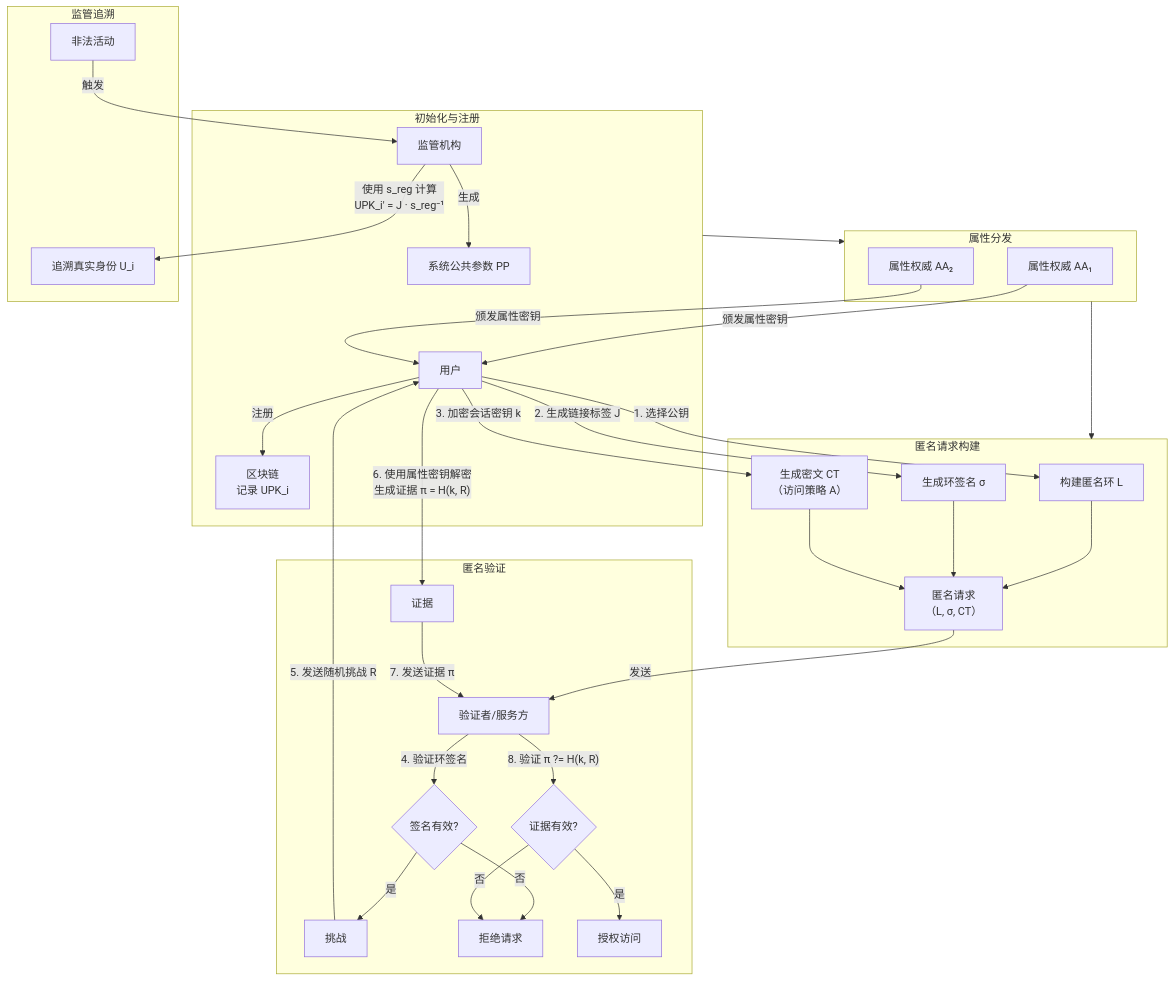
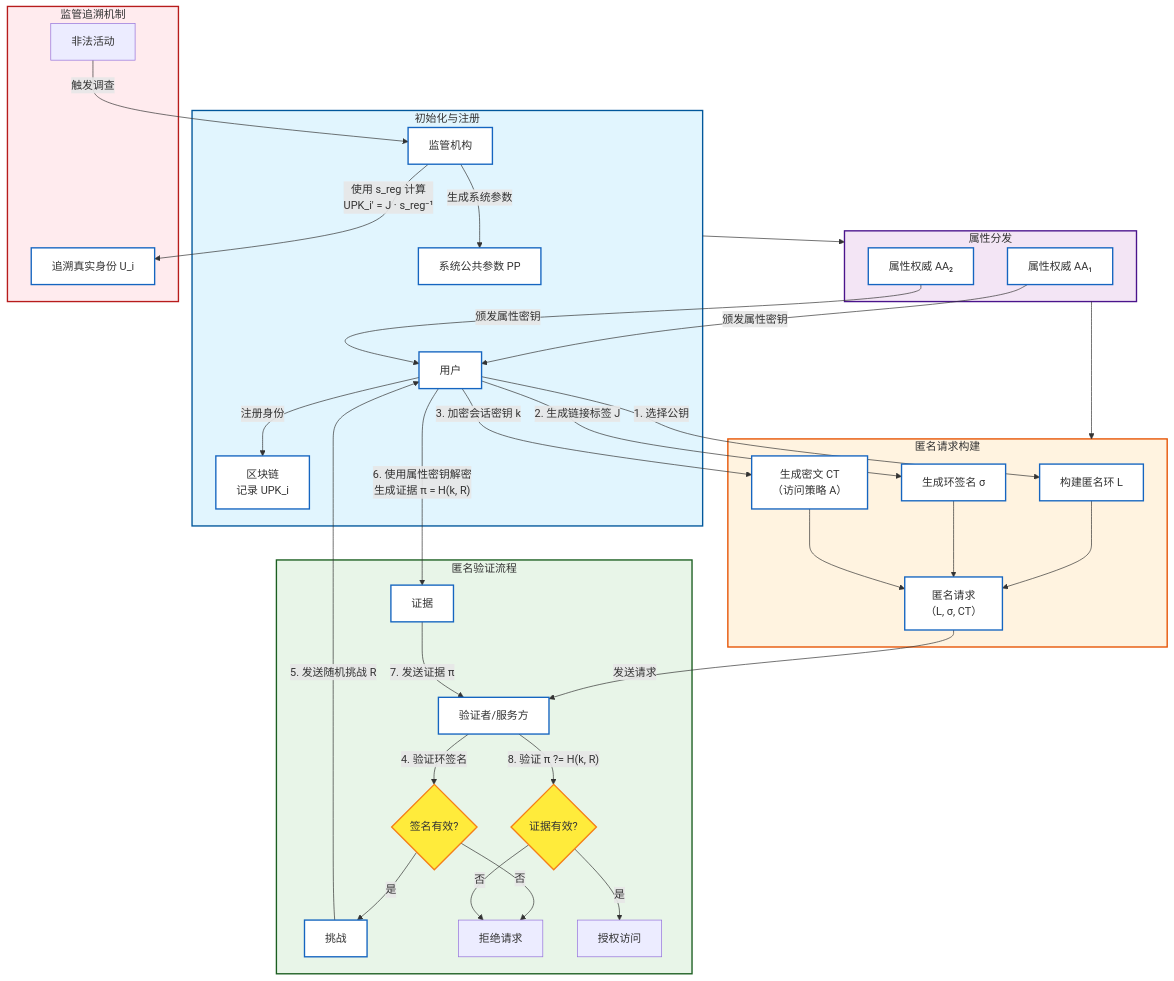
One commit to ystAlex/iodraw-files changed the diagram in all/未命名-3.md. Above: the diagram before and after it, drawn with Mermaid.

Commit message:
2025-09-25 04:40:03 update

````diff
--- a/all/未命名-3.md
+++ b/all/未命名-3.md
@@ -1,44 +1,60 @@
 ```mermaid
 flowchart TD
+    classDef registry fill:#e1f5fe,stroke:#01579b,stroke-width:2px
+    classDef attribute fill:#f3e5f5,stroke:#4a148c,stroke-width:2px
+    classDef request fill:#fff3e0,stroke:#e65100,stroke-width:2px
+    classDef verification fill:#e8f5e8,stroke:#1b5e20,stroke-width:2px
+    classDef oversight fill:#ffebee,stroke:#b71c1c,stroke-width:2px
+    classDef process fill:#ffffff,stroke:#1565c0,stroke-width:2px
+    classDef decision fill:#ffeb3b,stroke:#f57f17,stroke-width:2px
+
     subgraph 初始化与注册
-        REG[监管机构] -- 生成 --> PP[系统公共参数 PP]
-        U[用户] -- 注册 --> BC[区块链<br>记录 UPK_i]
+        REG[监管机构] -- 生成系统参数 --> PP[系统公共参数 PP]
+        U[用户] -- 注册身份 --> BC[区块链<br>记录 UPK_i]
     end
 
     subgraph 属性分发
         AA1[属性权威 AA₁] -- 颁发属性密钥 --> U
         AA2[属性权威 AA₂] -- 颁发属性密钥 --> U
     end
 
     初始化与注册 --> 属性分发
 
     subgraph 匿名请求构建
         U -- 1. 选择公钥 --> L[构建匿名环 L]
         U -- 2. 生成链接标签 J --> Sigma[生成环签名 σ]
         U -- 3. 加密会话密钥 k --> CT[生成密文 CT<br>（访问策略 A）]
         L --> Req[匿名请求<br>（L, σ, CT）]
         Sigma --> Req
         CT --> Req
     end
 
     属性分发 --> 匿名请求构建
 
-    Req -- 发送 --> V[验证者/服务方]
+    Req -- 发送请求 --> V[验证者/服务方]
 
-    subgraph 匿名验证
+    subgraph 匿名验证流程
         V -- 4. 验证环签名 --> VerifySig{签名有效?}
         VerifySig -- 是 --> 挑战
         VerifySig -- 否 --> 拒绝[拒绝请求]
         挑战 -- 5. 发送随机挑战 R --> U
         U -- 6. 使用属性密钥解密<br>生成证据 π = H(k, R) --> 证据
         证据 -- 7. 发送证据 π --> V
         V -- 8. 验证 π ?= H(k, R) --> VerifyProof{证据有效?}
         VerifyProof -- 是 --> 授权[授权访问]
         VerifyProof -- 否 --> 拒绝
     end
 
-    subgraph 监管追溯
-        非法活动 -- 触发 --> REG
+    subgraph 监管追溯机制
+        非法活动 -- 触发调查 --> REG
         REG -- 使用 s_reg 计算<br>UPK_i' = J · s_reg⁻¹ --> 追溯[追溯真实身份 U_i]
     end
+
+    class 初始化与注册 registry
+    class 属性分发 attribute
+    class 匿名请求构建 request
+    class 匿名验证流程 verification
+    class 监管追溯机制 oversight
+    class REG,PP,U,BC,AA1,AA2,L,Sigma,CT,Req,V,挑战,证据,追溯 process
+    class VerifySig,VerifyProof decision
 ```
````
